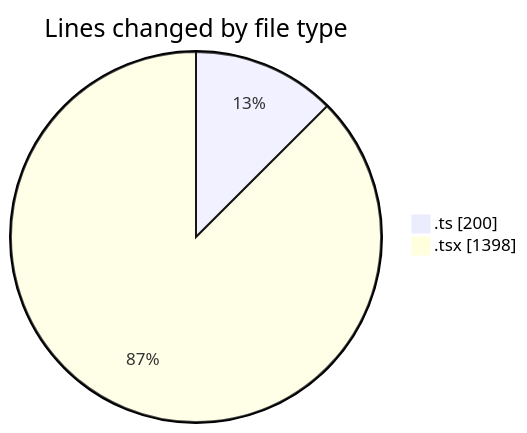
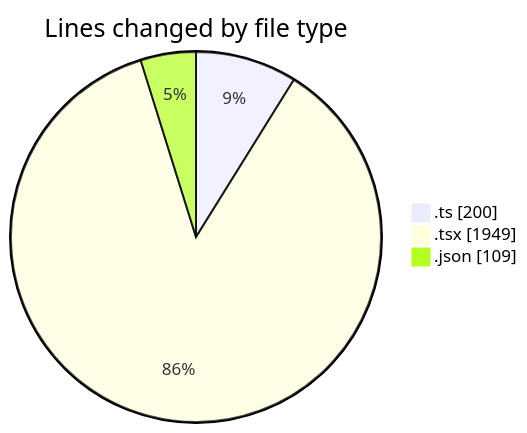
The first of 2 diagrams in 2025-07-04/cda/README.md (momahboobian/code-tracking), drawn with Mermaid before and after one commit. The commit also changed other lines of this file and 1 other file, not shown here.

````diff
--- a/2025-07-04/cda/README.md
+++ b/2025-07-04/cda/README.md
@@ -26,6 +27,7 @@
 ```mermaid
 pie showData
 title Lines changed by file type
 ".ts" : 200
-".tsx" : 1398
+".tsx" : 1949
+".json" : 109
 ```
````
